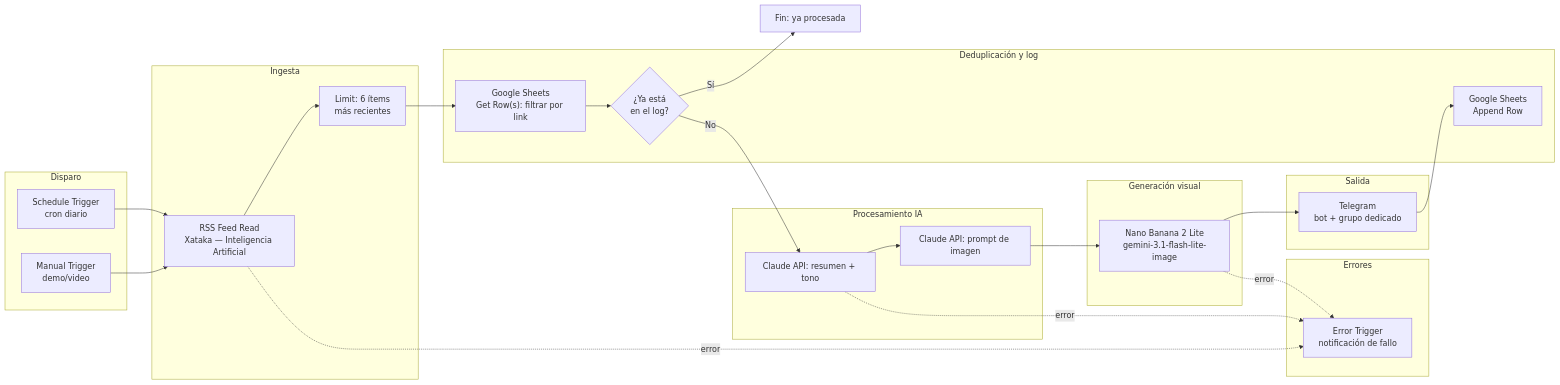
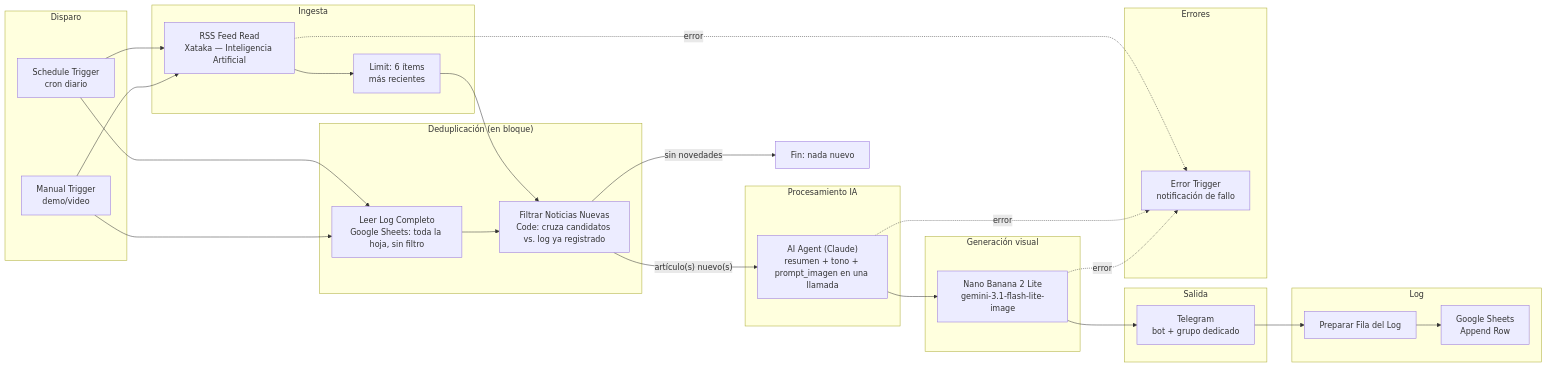
One commit to cesscluvever/AgenciadeNoticias changed the diagram in docs/arquitectura-y-decisiones.md. Above: the diagram before and after it, drawn with Mermaid. The commit also changed other lines of this file, not shown here.

Commit message:
Actualizar arquitectura-y-decisiones.md para reflejar el flujo real de n8n
El diagrama y dos secciones de texto seguían describiendo el diseño
inicial (Get Row(s)/IF por artículo, dos llamadas a Claude encadenadas)
en vez del diseño final ya implementado: Leer Log Completo + Filtrar
Noticias Nuevas (deduplicación en bloque) y un único AI Agent que
genera resumen, tono y prompt_imagen en una sola llamada estructurada.

Claude-Session: https://claude.ai/code/session_01DAy5i5VyqpUiA72iMh5uXK

````diff
--- a/docs/arquitectura-y-decisiones.md
+++ b/docs/arquitectura-y-decisiones.md
@@ -7,50 +7,55 @@
 ```mermaid
 flowchart LR
     subgraph Disparo
         A1[Schedule Trigger\ncron diario]
         A2[Manual Trigger\ndemo/video]
     end
 
     subgraph Ingesta
         B[RSS Feed Read\nXataka — Inteligencia Artificial]
         B2[Limit: 6 ítems\nmás recientes]
     end
 
+    subgraph "Deduplicación (en bloque)"
+        G1["Leer Log Completo\nGoogle Sheets: toda la hoja, sin filtro"]
+        G2["Filtrar Noticias Nuevas\nCode: cruza candidatos vs. log ya registrado"]
+    end
+
     subgraph "Procesamiento IA"
-        C1[Claude API: resumen + tono]
-        C2[Claude API: prompt de imagen]
+        C1["AI Agent (Claude)\nresumen + tono + prompt_imagen en una llamada"]
     end
 
     subgraph "Generación visual"
         D[Nano Banana 2 Lite\ngemini-3.1-flash-lite-image]
     end
 
     subgraph Salida
         E[Telegram\nbot + grupo dedicado]
     end
 
-    subgraph "Deduplicación y log"
-        G1["Google Sheets\nGet Row(s): filtrar por link"]
-        G2{¿Ya está\nen el log?}
-        G3[Google Sheets\nAppend Row]
+    subgraph Log
+        G3[Preparar Fila del Log]
+        G4[Google Sheets\nAppend Row]
     end
 
     subgraph Errores
         F[Error Trigger\nnotificación de fallo]
     end
 
     A1 --> B
+    A1 --> G1
     A2 --> B
+    A2 --> G1
     B --> B2
-    B2 --> G1
+    B2 --> G2
     G1 --> G2
-    G2 -- Sí --> H[Fin: ya procesada]
-    G2 -- No --> C1
-    C1 --> C2
-    C2 --> D
+    G2 -- "sin novedades" --> H[Fin: nada nuevo]
+    G2 -- "artículo(s) nuevo(s)" --> C1
+    C1 --> D
     D --> E
     E --> G3
+    G3 --> G4
     B -. error .-> F
     C1 -. error .-> F
     D -. error .-> F
 ```
````
